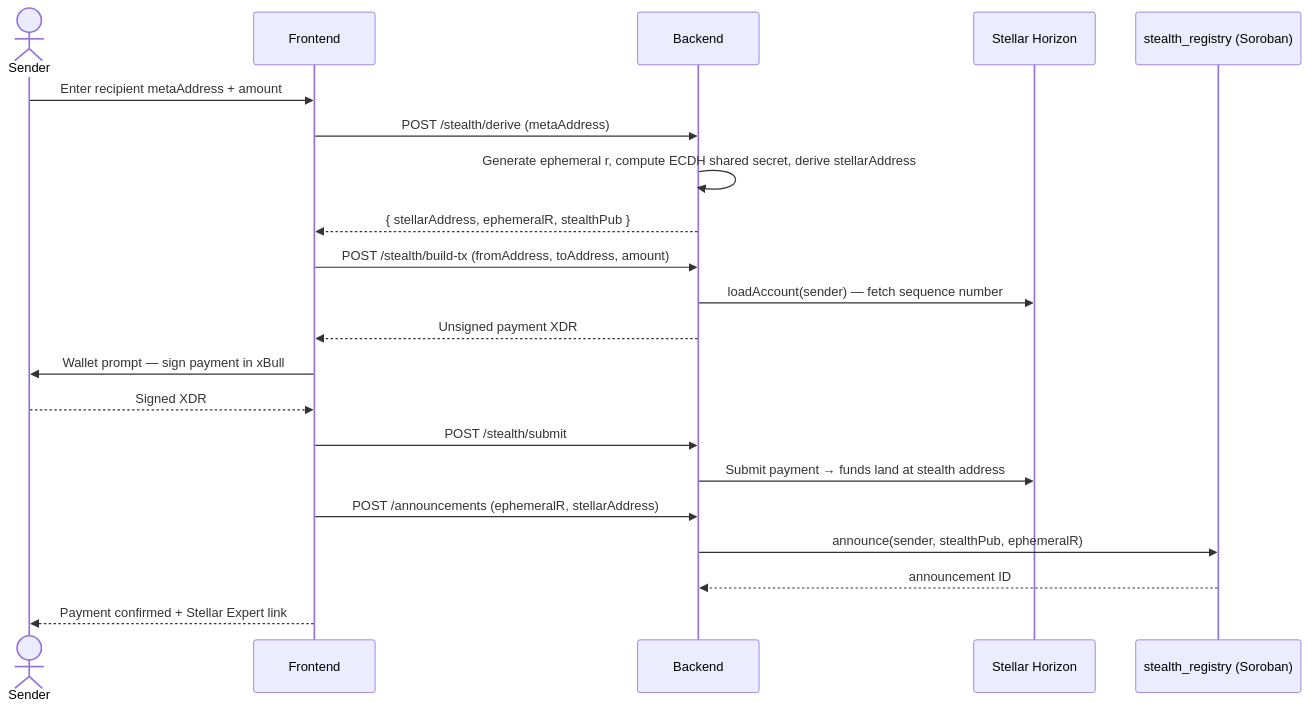
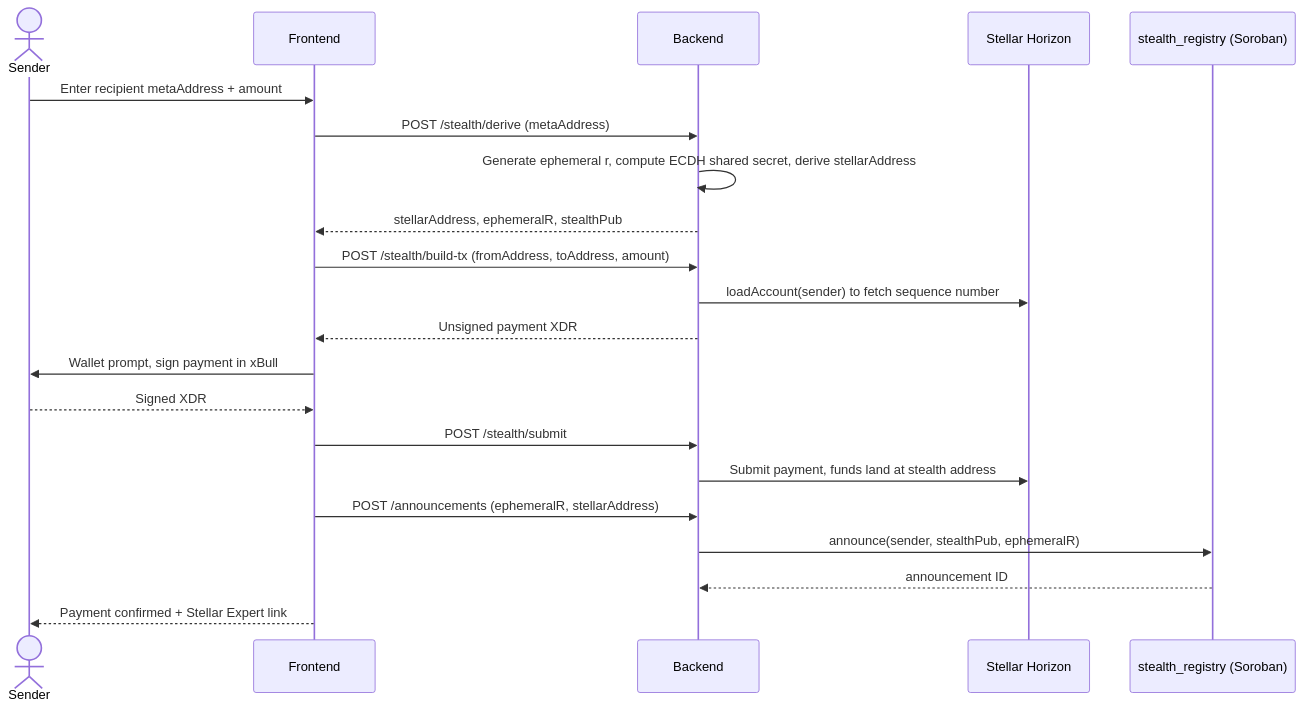
The second of 3 diagrams in README.md (theyuvan/StealthPay), drawn with Mermaid before and after one commit. The commit also changed other lines of this file, not shown here.

Commit message:
Fix mermaid parse errors: remove Unicode arrows and curly braces from diagram labels

````diff
--- a/README.md
+++ b/README.md
@@ -412,29 +412,29 @@
 ```mermaid
 sequenceDiagram
     actor Sender
     participant Frontend
     participant Backend
     participant Horizon as Stellar Horizon
     participant Registry as stealth_registry (Soroban)
 
     Sender->>Frontend: Enter recipient metaAddress + amount
     Frontend->>Backend: POST /stealth/derive (metaAddress)
     Backend->>Backend: Generate ephemeral r, compute ECDH shared secret, derive stellarAddress
-    Backend-->>Frontend: { stellarAddress, ephemeralR, stealthPub }
+    Backend-->>Frontend: stellarAddress, ephemeralR, stealthPub
 
     Frontend->>Backend: POST /stealth/build-tx (fromAddress, toAddress, amount)
-    Backend->>Horizon: loadAccount(sender) — fetch sequence number
+    Backend->>Horizon: loadAccount(sender) to fetch sequence number
     Backend-->>Frontend: Unsigned payment XDR
 
-    Frontend->>Sender: Wallet prompt — sign payment in xBull
+    Frontend->>Sender: Wallet prompt, sign payment in xBull
     Sender-->>Frontend: Signed XDR
 
     Frontend->>Backend: POST /stealth/submit
-    Backend->>Horizon: Submit payment → funds land at stealth address
+    Backend->>Horizon: Submit payment, funds land at stealth address
 
     Frontend->>Backend: POST /announcements (ephemeralR, stellarAddress)
     Backend->>Registry: announce(sender, stealthPub, ephemeralR)
     Registry-->>Backend: announcement ID
 
     Frontend-->>Sender: Payment confirmed + Stellar Expert link
 ```
````
